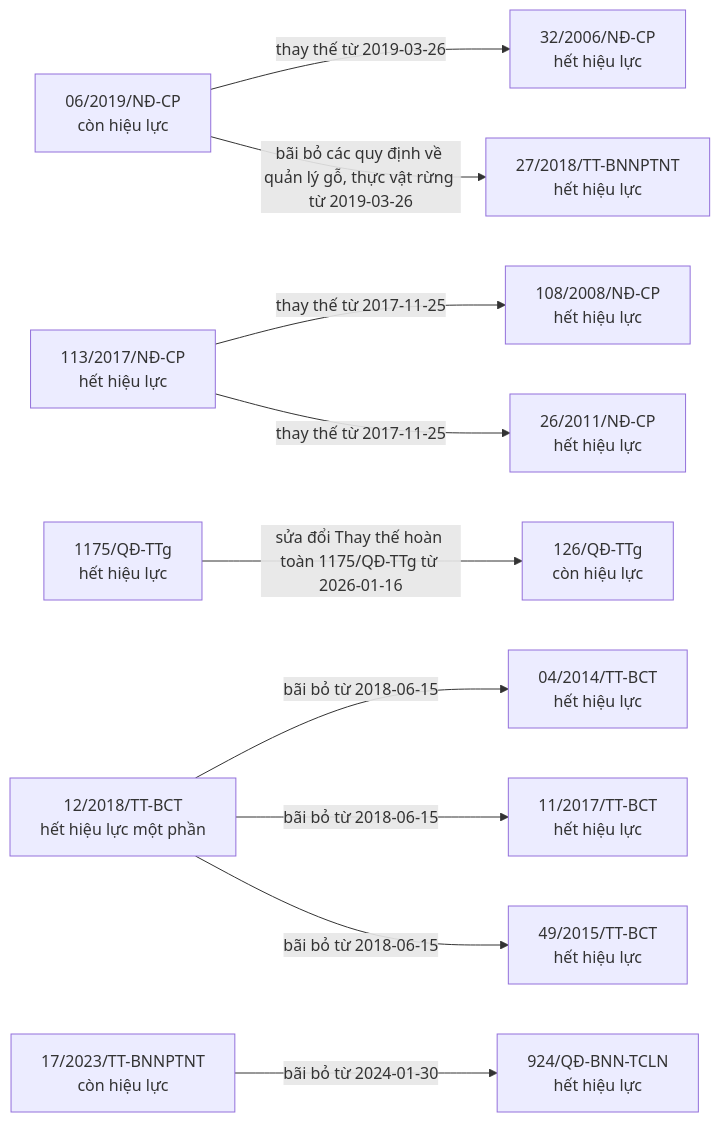
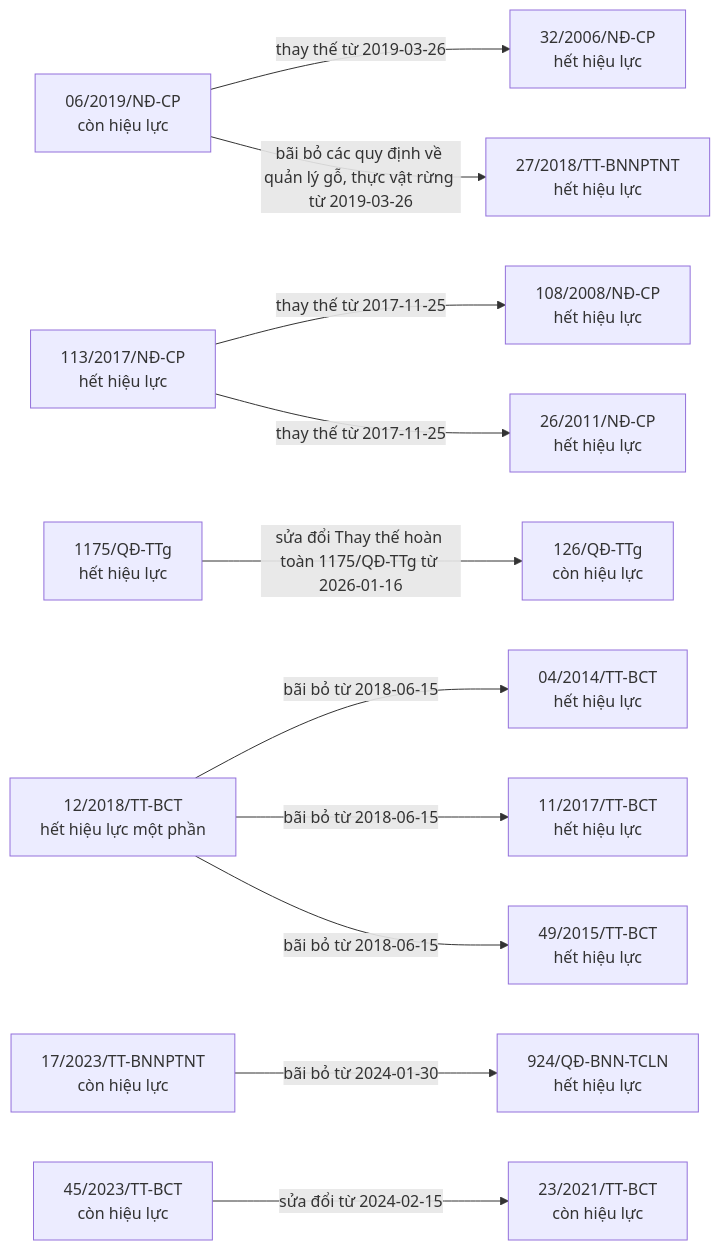
The second of 10 diagrams in bao-cao/quan-he.md (ozvietnam/oz-wiki-plhq), drawn with Mermaid before and after one commit. The commit also changed other lines of this file and 5 other files, not shown here.

````diff
--- a/bao-cao/quan-he.md
+++ b/bao-cao/quan-he.md
@@ -21,26 +21,29 @@
 ```mermaid
 flowchart LR
   n_06_2019_N__CP["06/2019/NĐ-CP<br/>còn hiệu lực"]
   n_32_2006_N__CP["32/2006/NĐ-CP<br/>hết hiệu lực"]
   n_27_2018_TT_BNNPTNT["27/2018/TT-BNNPTNT<br/>hết hiệu lực"]
   n_113_2017_N__CP["113/2017/NĐ-CP<br/>hết hiệu lực"]
   n_108_2008_N__CP["108/2008/NĐ-CP<br/>hết hiệu lực"]
   n_26_2011_N__CP["26/2011/NĐ-CP<br/>hết hiệu lực"]
   n_1175_Q__TTg["1175/QĐ-TTg<br/>hết hiệu lực"]
   n_126_Q__TTg["126/QĐ-TTg<br/>còn hiệu lực"]
   n_12_2018_TT_BCT["12/2018/TT-BCT<br/>hết hiệu lực một phần"]
   n_04_2014_TT_BCT["04/2014/TT-BCT<br/>hết hiệu lực"]
   n_11_2017_TT_BCT["11/2017/TT-BCT<br/>hết hiệu lực"]
   n_49_2015_TT_BCT["49/2015/TT-BCT<br/>hết hiệu lực"]
   n_17_2023_TT_BNNPTNT["17/2023/TT-BNNPTNT<br/>còn hiệu lực"]
   n_924_Q__BNN_TCLN["924/QĐ-BNN-TCLN<br/>hết hiệu lực"]
+  n_45_2023_TT_BCT["45/2023/TT-BCT<br/>còn hiệu lực"]
+  n_23_2021_TT_BCT["23/2021/TT-BCT<br/>còn hiệu lực"]
   n_06_2019_N__CP -->|thay thế từ 2019-03-26| n_32_2006_N__CP
   n_06_2019_N__CP -->|bãi bỏ các quy định về quản lý gỗ, thực vật rừng từ 2019-03-26| n_27_2018_TT_BNNPTNT
   n_113_2017_N__CP -->|thay thế từ 2017-11-25| n_108_2008_N__CP
   n_113_2017_N__CP -->|thay thế từ 2017-11-25| n_26_2011_N__CP
   n_1175_Q__TTg -->|sửa đổi Thay thế hoàn toàn 1175/QĐ-TTg từ 2026-01-16| n_126_Q__TTg
   n_12_2018_TT_BCT -->|bãi bỏ từ 2018-06-15| n_04_2014_TT_BCT
   n_12_2018_TT_BCT -->|bãi bỏ từ 2018-06-15| n_11_2017_TT_BCT
   n_12_2018_TT_BCT -->|bãi bỏ từ 2018-06-15| n_49_2015_TT_BCT
   n_17_2023_TT_BNNPTNT -->|bãi bỏ từ 2024-01-30| n_924_Q__BNN_TCLN
+  n_45_2023_TT_BCT -->|sửa đổi từ 2024-02-15| n_23_2021_TT_BCT
 ```
````
